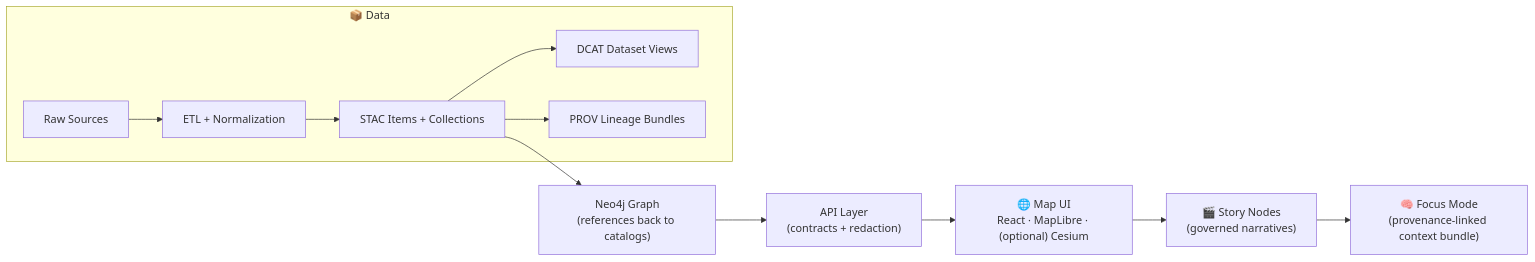
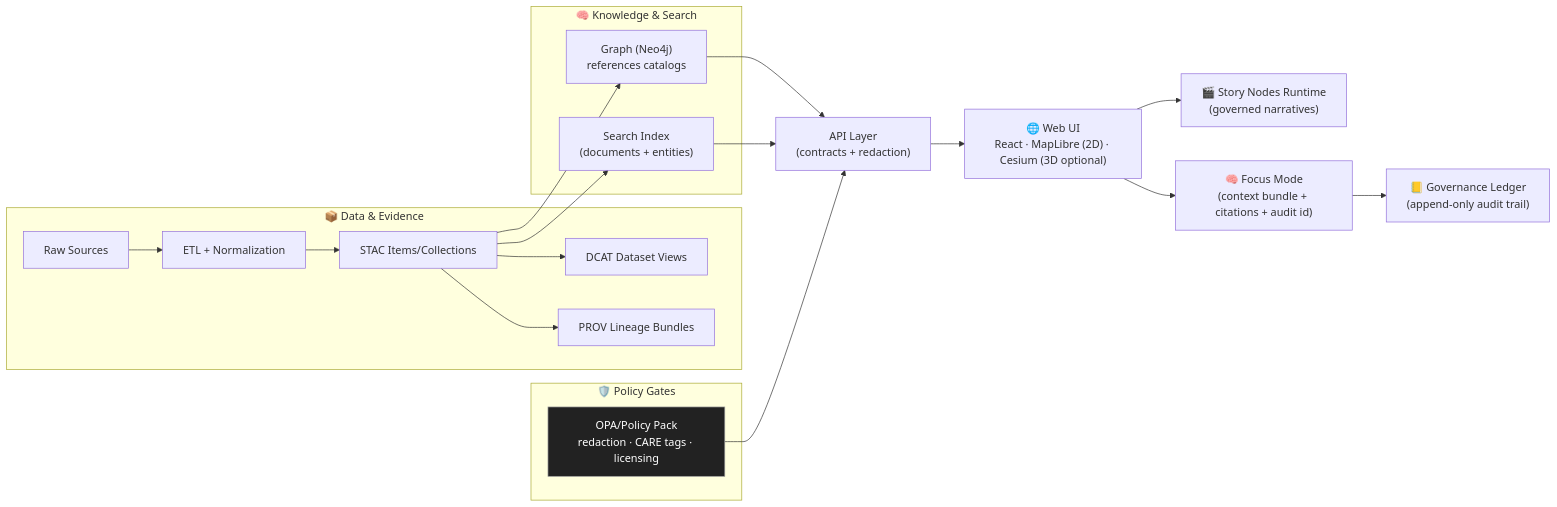
Before and after one commit to bartytime4life/Kansas-Frontier-Matrix: the diagram in web/README.md, drawn with Mermaid. The commit also changed other lines of this file, not shown here.

````diff
--- a/web/README.md
+++ b/web/README.md
@@ -84,15 +123,29 @@
 ```mermaid
 flowchart LR
-  subgraph Data["📦 Data"]
+  subgraph Data["📦 Data & Evidence"]
     A["Raw Sources"] --> B["ETL + Normalization"]
-    B --> C["STAC Items + Collections"]
+    B --> C["STAC Items/Collections"]
     C --> D["DCAT Dataset Views"]
     C --> E["PROV Lineage Bundles"]
   end
 
-  C --> G["Neo4j Graph<br/>(references back to catalogs)"]
+  subgraph Index["🧠 Knowledge & Search"]
+    C --> G["Graph (Neo4j)<br/>references catalogs"]
+    C --> S["Search Index<br/>(documents + entities)"]
+  end
+
+  subgraph Gates["🛡️ Policy Gates"]
+    P["OPA/Policy Pack<br/>redaction · CARE tags · licensing"]:::gate
+  end
+
   G --> H["API Layer<br/>(contracts + redaction)"]
-  H --> I["🌐 Map UI<br/>React · MapLibre · (optional) Cesium"]
-  I --> J["🎬 Story Nodes<br/>(governed narratives)"]
-  J --> K["🧠 Focus Mode<br/>(provenance-linked context bundle)"]
+  S --> H
+  P --> H
+
+  H --> I["🌐 Web UI<br/>React · MapLibre (2D) · Cesium (3D optional)"]
+  I --> J["🎬 Story Nodes Runtime<br/>(governed narratives)"]
+  I --> K["🧠 Focus Mode<br/>(context bundle + citations + audit id)"]
+  K --> L["📒 Governance Ledger<br/>(append-only audit trail)"]
+
+  classDef gate fill:#222,color:#fff,stroke:#999,stroke-width:1px;
 ```
````
